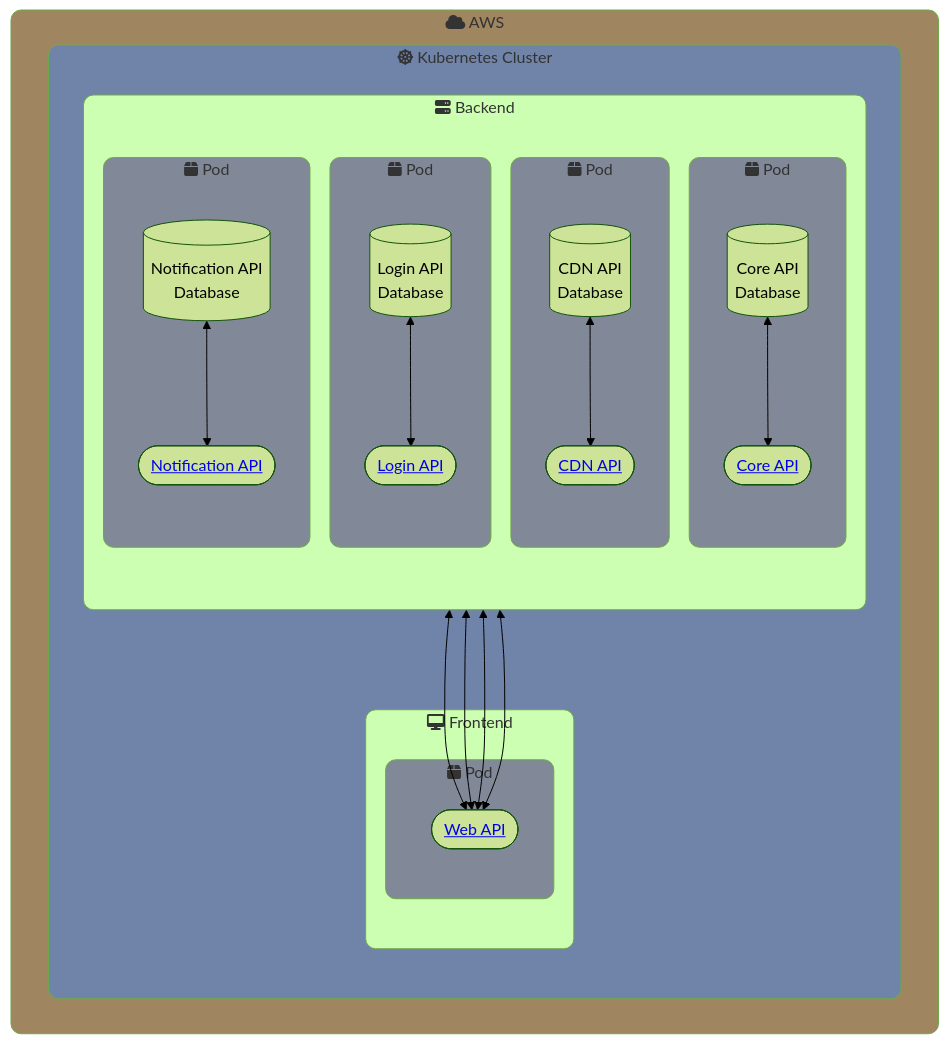
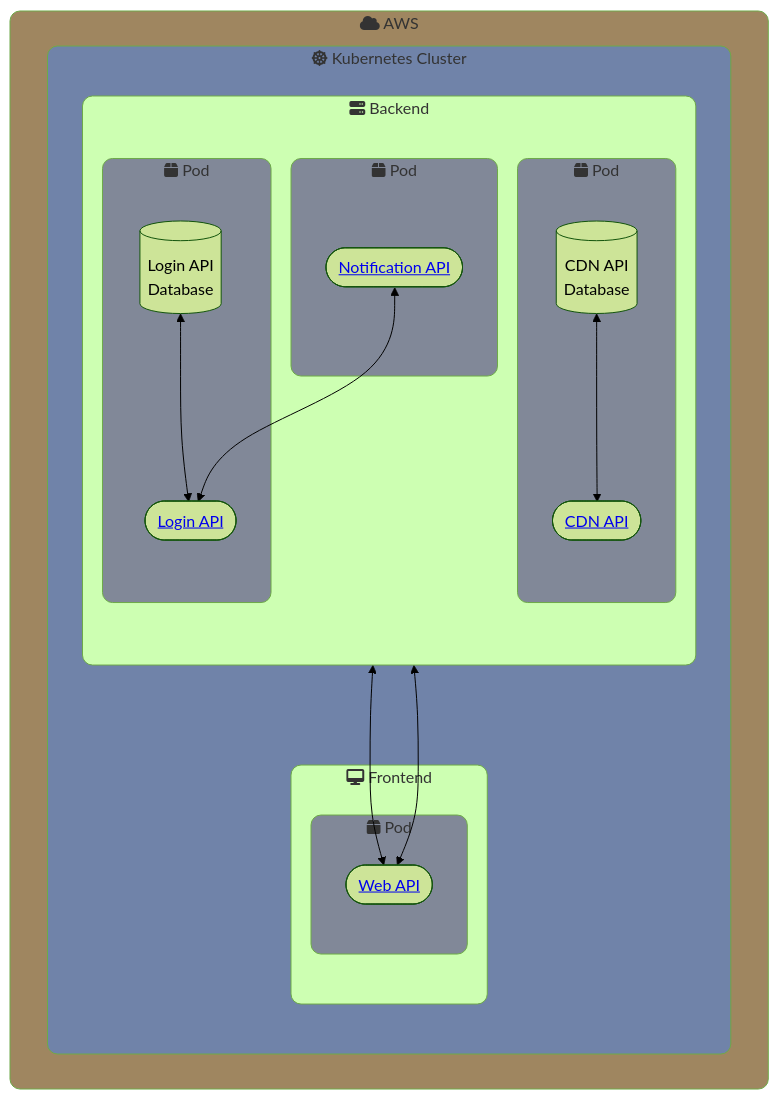
One commit to Cancer-Classification-UI/.github changed the diagram in profile/README.md. Above: the diagram before and after it, drawn with Mermaid (forest theme).

````diff
--- a/profile/README.md
+++ b/profile/README.md
@@ -12,81 +12,64 @@
 ```mermaid
 flowchart TB
 
     style AWS fill:#9f8660,rx:10,ry:10
     style Kubernetes fill:#7083a9,rx:10,ry:10
     style Frontend rx:10,ry:10
     style Backend rx:10,ry:10
     style pod1 fill:#818898,rx:10,ry:10
     style pod2 fill:#818898,rx:10,ry:10
-    style pod3 fill:#818898,rx:10,ry:10
     style pod4 fill:#818898,rx:10,ry:10
     style pod5 fill:#818898,rx:10,ry:10
 
     %% Frontend
     WebAPI([<a href='https://github.com/Cancer-Classification-UI/Web-API-Service'>Web API</a>])
 
     %% APIs / Backend
     DatabaseLoginAPI[(Login API\nDatabase)]
     DatabaseCDNAPI[(CDN API\nDatabase)]
-    DatabaseCoreAPI[(Core API\nDatabase)]
-    DatabaseNotificationAPI[(Notification API\nDatabase)]
 
 
     %% Login API
     LoginAPI([<a href='https://github.com/Cancer-Classification-UI/Login-API-Service'>Login API</a>]) 
 
     DatabaseLoginAPI <--> LoginAPI
     LoginAPI <--> WebAPI
 
+    %% Notification API
+    NotificationAPI([<a href='https://github.com/Cancer-Classification-UI/Notification-API-Service'>Notification API</a>])
+    NotificationAPI <--> LoginAPI
 
     %% CDN API
     CDNAPI([<a href='https://github.com/Cancer-Classification-UI/CDN-API-Service'>CDN API</a>]) 
 
     DatabaseCDNAPI <--> CDNAPI
     CDNAPI <--> WebAPI
-
-    %% Core API
-    CoreAPI([<a href='https://github.com/Cancer-Classification-UI/Core-API-Service'>Core API</a>])
-
-    DatabaseCoreAPI <--> CoreAPI
-    CoreAPI <--> WebAPI
-
-    %% Notification API
-    NotificationAPI([<a href='https://github.com/Cancer-Classification-UI/Notification-API-Service'>Notification API</a>]) 
-
-    DatabaseNotificationAPI <--> NotificationAPI
-    NotificationAPI <--> WebAPI
 
     subgraph AWS[fa:fa-cloud AWS]
         subgraph Kubernetes[fa:fa-dharmachakra Kubernetes Cluster]
             %% What is currently backend
             subgraph Backend[fa:fa-server Backend]
                 direction TB
                 subgraph pod1[fa:fa-box Pod]
                     LoginAPI
                     DatabaseLoginAPI
                 end
                 subgraph pod2[fa:fa-box Pod]
                     CDNAPI
                     DatabaseCDNAPI
                 end
-                subgraph pod3[fa:fa-box Pod]
-                    CoreAPI
-                    DatabaseCoreAPI
-                end
                 subgraph pod4[fa:fa-box Pod]
                     NotificationAPI
-                    DatabaseNotificationAPI
                 end
             end
 
             %% What is currently frontend
             subgraph Frontend[fa:fa-desktop Frontend]
                 subgraph pod5[fa:fa-box Pod]
                     WebAPI
                 end
             end
         end
     end
 
 ```
````
